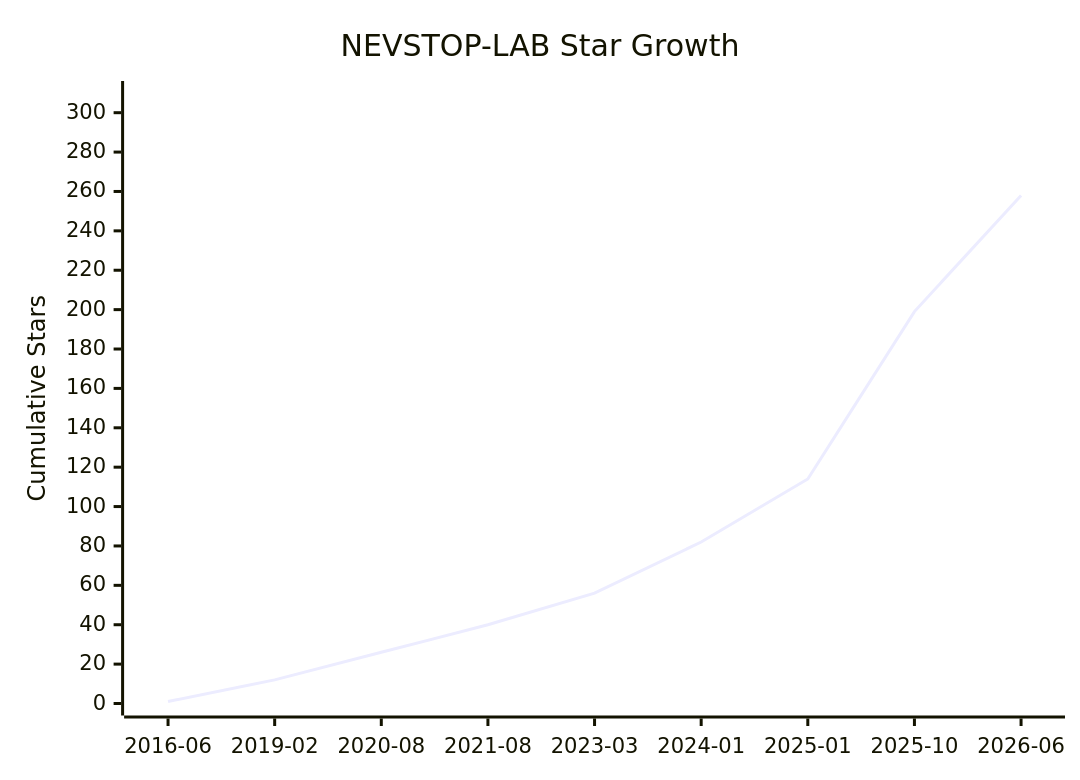
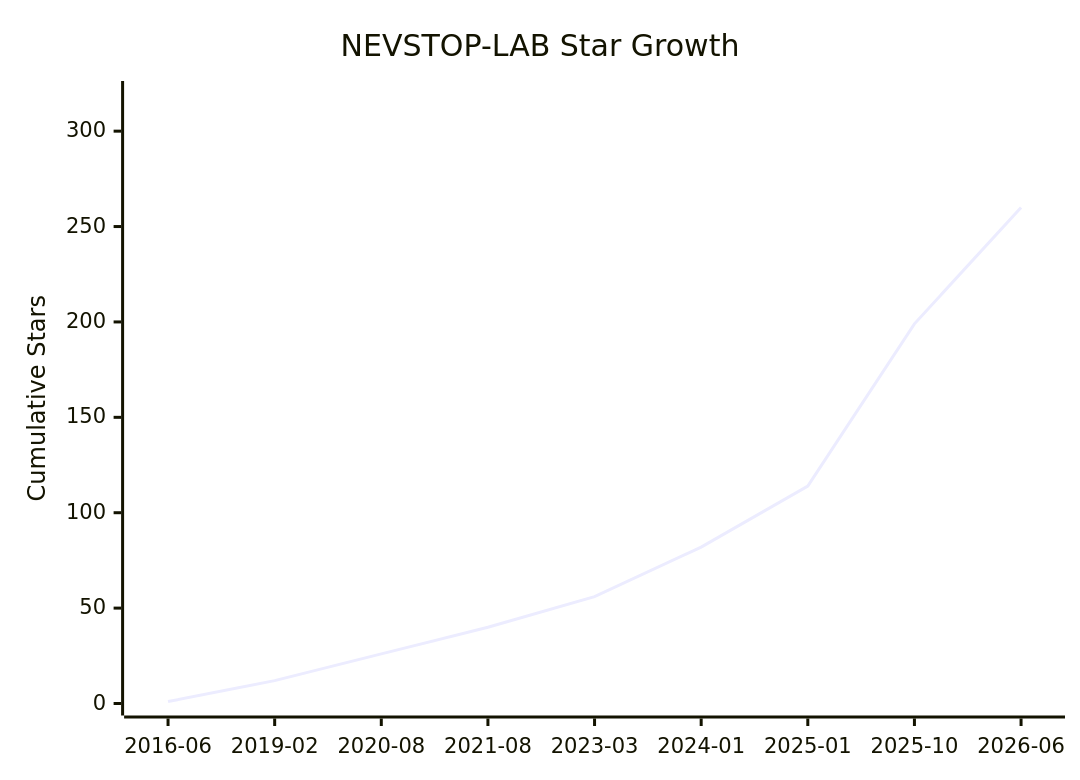
One commit to NEVSTOP-LAB/.github changed the diagram in Star-History.md. Above: the diagram before and after it, drawn with Mermaid. The commit also changed other lines of this file, not shown here.

````diff
--- a/Star-History.md
+++ b/Star-History.md
@@ -8,7 +8,7 @@
 ```mermaid
 xychart-beta
     title "NEVSTOP-LAB Star Growth"
     x-axis ["2016-06", "2019-02", "2020-08", "2021-08", "2023-03", "2024-01", "2025-01", "2025-10", "2026-06"]
-    y-axis "Cumulative Stars" 0 --> 310
-    line [1, 12, 26, 40, 56, 82, 114, 199, 258]
+    y-axis "Cumulative Stars" 0 --> 320
+    line [1, 12, 26, 40, 56, 82, 114, 199, 260]
 ```
````
